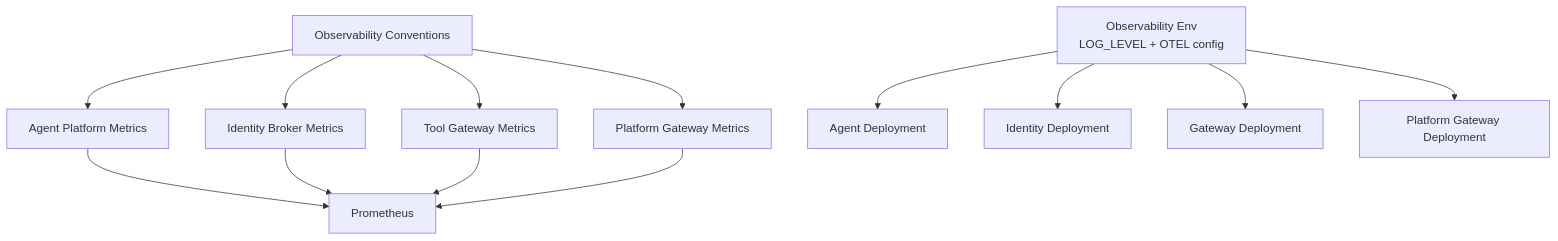
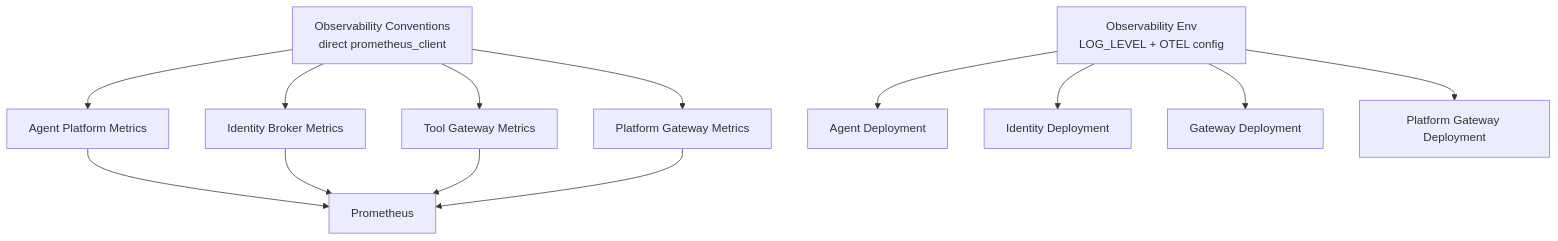
The ninth of 9 diagrams in .qoder/repowiki/en/content/Monitoring and Observability/Monitoring and Observability.md (metasync/luban-aiops), drawn with Mermaid before and after one commit. The commit also changed other lines of this file and 3 other files, not shown here.

````diff
--- a/.qoder/repowiki/en/content/Monitoring and Observability/Monitoring and Observability.md
+++ b/.qoder/repowiki/en/content/Monitoring and Observability/Monitoring and Observability.md
@@ -385,15 +380,15 @@
 ```mermaid
 graph TB
-OC["Observability Conventions"] --> AP_METRICS["Agent Platform Metrics"]
+OC["Observability Conventions<br/>direct prometheus_client"] --> AP_METRICS["Agent Platform Metrics"]
 OC --> IB_METRICS["Identity Broker Metrics"]
 OC --> TG_METRICS["Tool Gateway Metrics"]
 OC --> PG_METRICS["Platform Gateway Metrics"]
 ENV["Observability Env<br/>LOG_LEVEL + OTEL config"] --> AP_DEP["Agent Deployment"]
 ENV --> IB_DEP["Identity Deployment"]
 ENV --> TG_DEP["Gateway Deployment"]
 ENV --> PG_DEP["Platform Gateway Deployment"]
 AP_METRICS --> PROM["Prometheus"]
 IB_METRICS --> PROM
 TG_METRICS --> PROM
 PG_METRICS --> PROM
 ```
````
